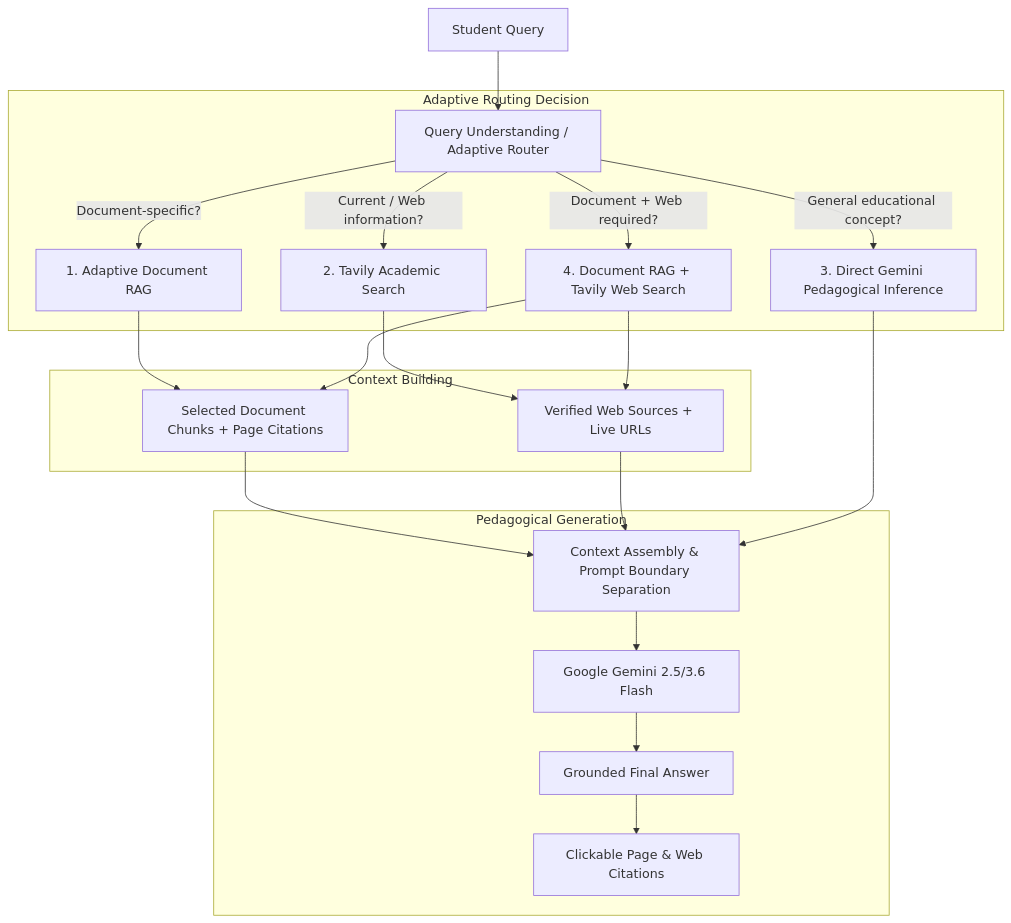
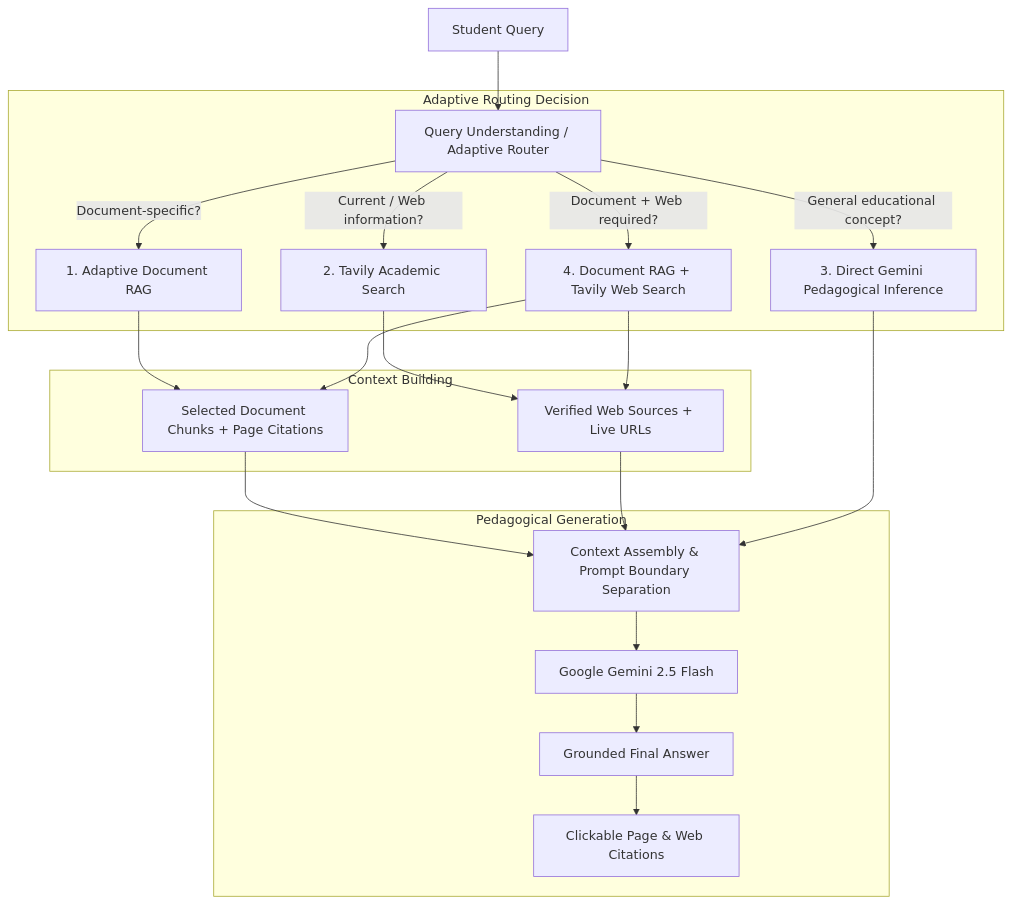
Before and after one commit to Ashish10102006/ai-study-assistant: the first of 3 diagrams in README.md, drawn with Mermaid. The commit also changed other lines of this file and 4 other files, not shown here.

Commit message:
docs: align model references to gemini-2.5-flash and add production verification script

````diff
--- a/README.md
+++ b/README.md
@@ -59,27 +59,27 @@
 ```mermaid
 flowchart TD
     UserQuery[Student Query] --> Router[Query Understanding / Adaptive Router]
 
     subgraph DecisionTree ["Adaptive Routing Decision"]
         Router -->|Document-specific?| PathDoc[1. Adaptive Document RAG]
         Router -->|Current / Web information?| PathWeb[2. Tavily Academic Search]
         Router -->|General educational concept?| PathDirect[3. Direct Gemini Pedagogical Inference]
         Router -->|Document + Web required?| PathHybrid[4. Document RAG + Tavily Web Search]
     end
 
     subgraph RetrievalLayer ["Context Building"]
         PathDoc --> DocContext[Selected Document Chunks + Page Citations]
         PathHybrid --> DocContext
         PathWeb --> WebContext[Verified Web Sources + Live URLs]
         PathHybrid --> WebContext
     end
 
     subgraph SynthesisLayer ["Pedagogical Generation"]
         DocContext --> PromptAssembly[Context Assembly & Prompt Boundary Separation]
         WebContext --> PromptAssembly
         PathDirect --> PromptAssembly
-        PromptAssembly --> GeminiEngine[Google Gemini 2.5/3.6 Flash]
+        PromptAssembly --> GeminiEngine[Google Gemini 2.5 Flash]
         GeminiEngine --> GroundedAnswer[Grounded Final Answer]
         GroundedAnswer --> Citations[Clickable Page & Web Citations]
     end
 ```
````
